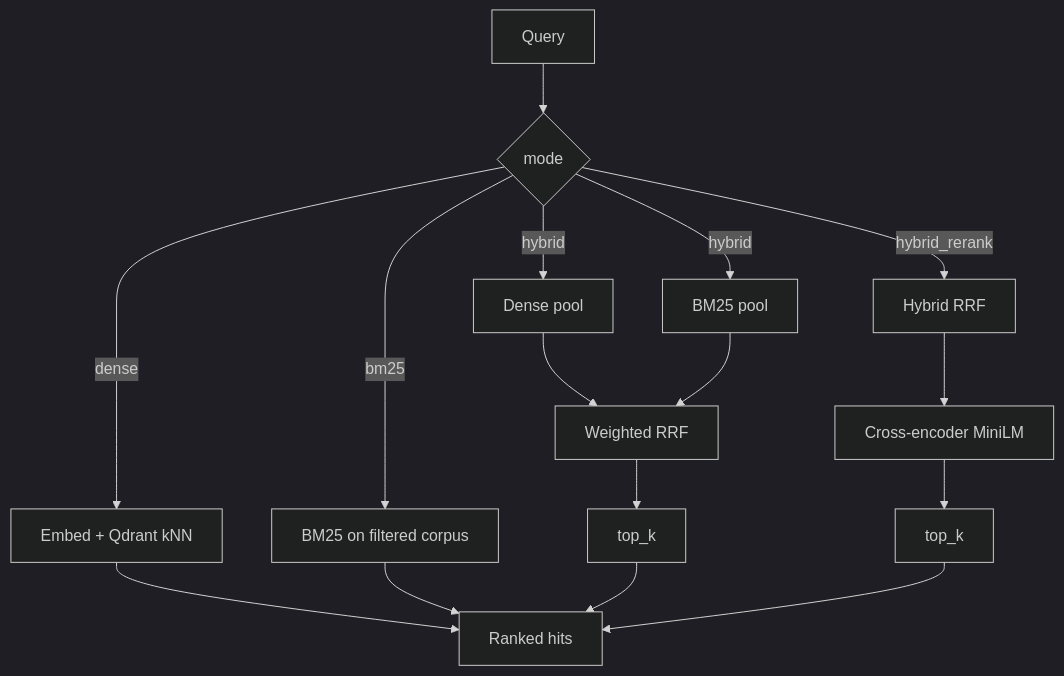
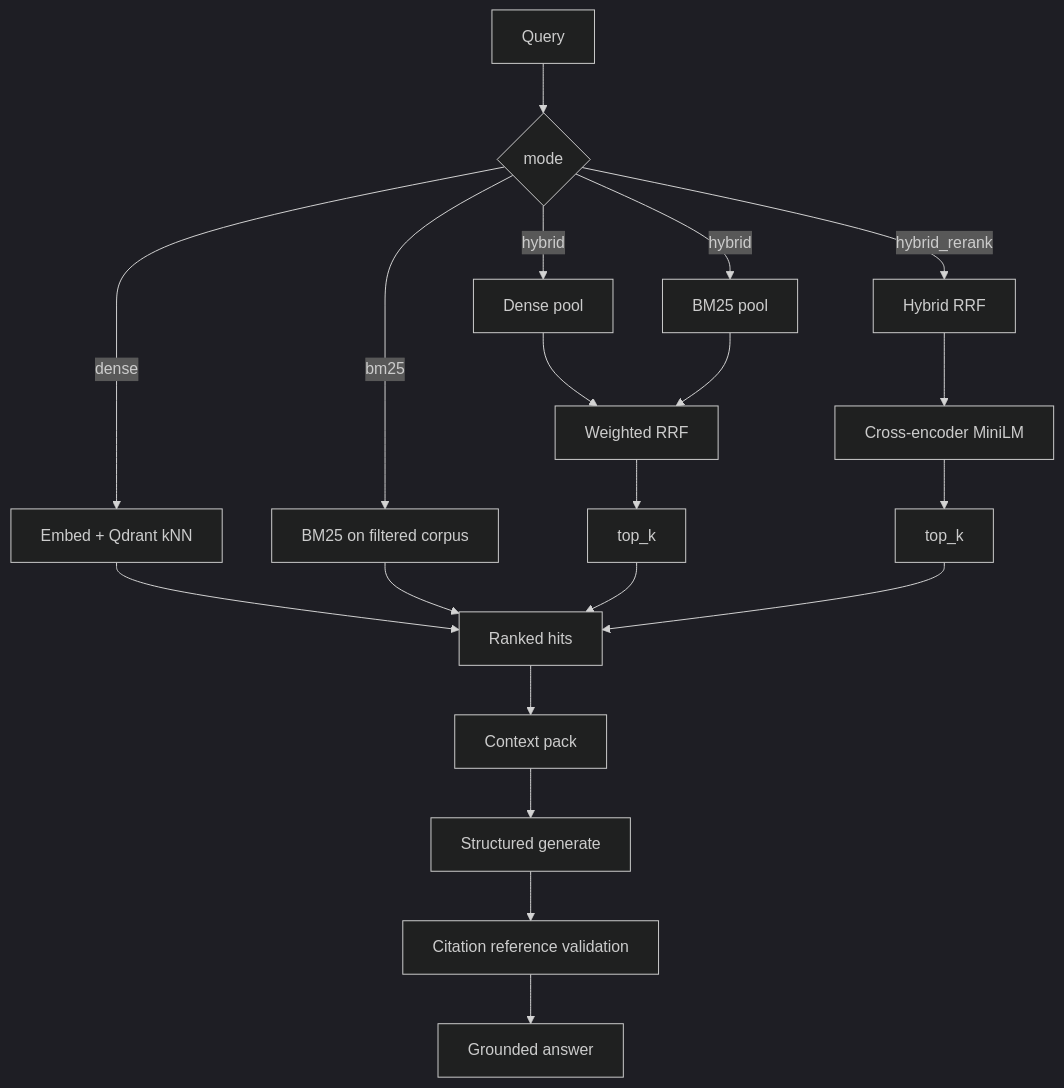
Before and after one commit to Ajudev/rag-backend: the diagram in README.md, drawn with Mermaid (dark theme). The commit also changed other lines of this file and 19 other files, not shown here.

Commit message:
feat: Added grounded answer generation with deterministic citation reference checks.

````diff
--- a/README.md
+++ b/README.md
@@ -14,18 +15,22 @@
 ```mermaid
 flowchart TD
     Q[Query] --> M{mode}
     M -->|dense| D[Embed + Qdrant kNN]
     M -->|bm25| B[BM25 on filtered corpus]
     M -->|hybrid| H1[Dense pool]
     M -->|hybrid| H2[BM25 pool]
     H1 --> RRF[Weighted RRF]
     H2 --> RRF
     RRF --> TOP[top_k]
     M -->|hybrid_rerank| R1[Hybrid RRF]
     R1 --> CE[Cross-encoder MiniLM]
     CE --> TOP2[top_k]
     D --> OUT[Ranked hits]
     B --> OUT
     TOP --> OUT
     TOP2 --> OUT
+    OUT --> PACK[Context pack]
+    PACK --> LLM[Structured generate]
+    LLM --> VAL[Citation reference validation]
+    VAL --> ANS[Grounded answer]
 ```
````
